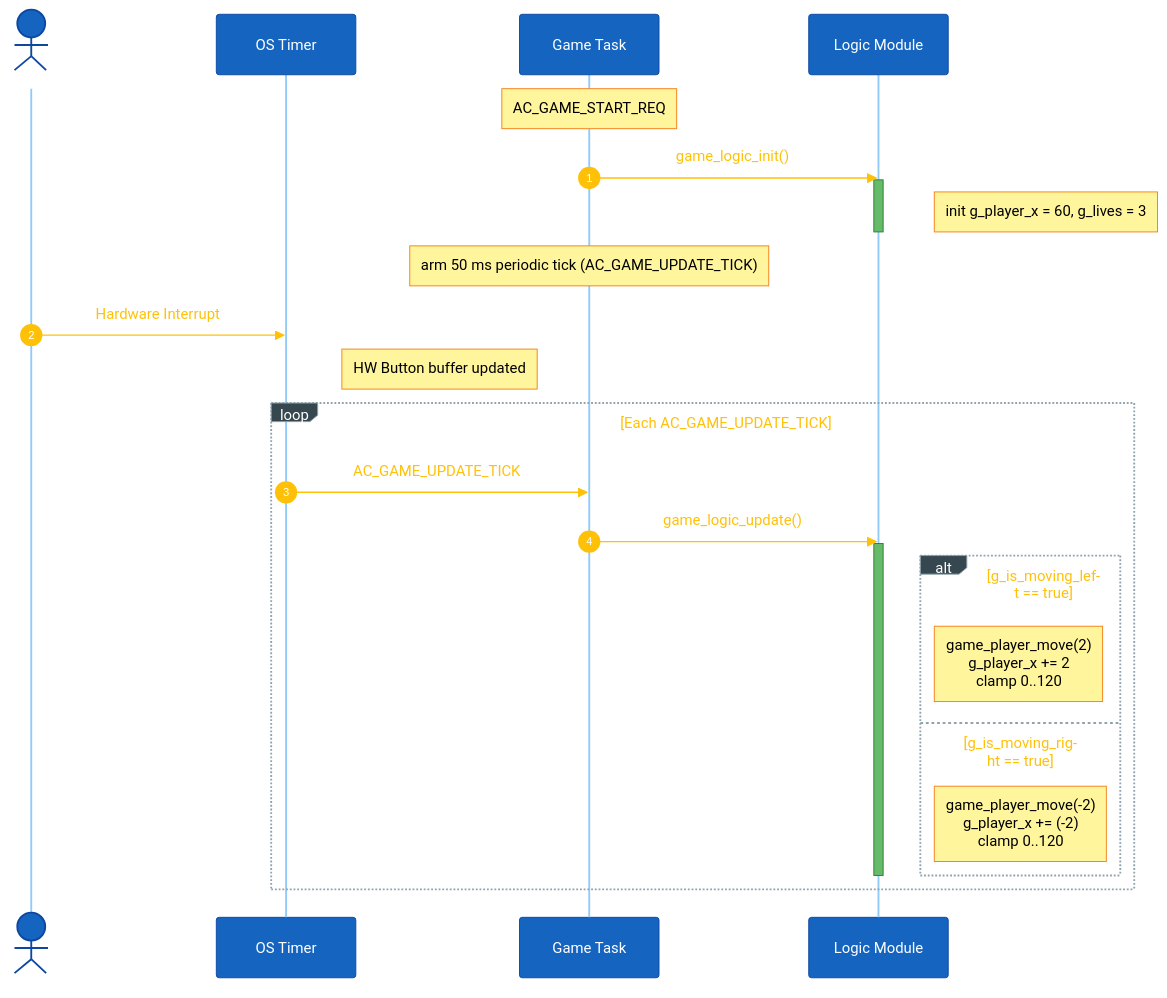
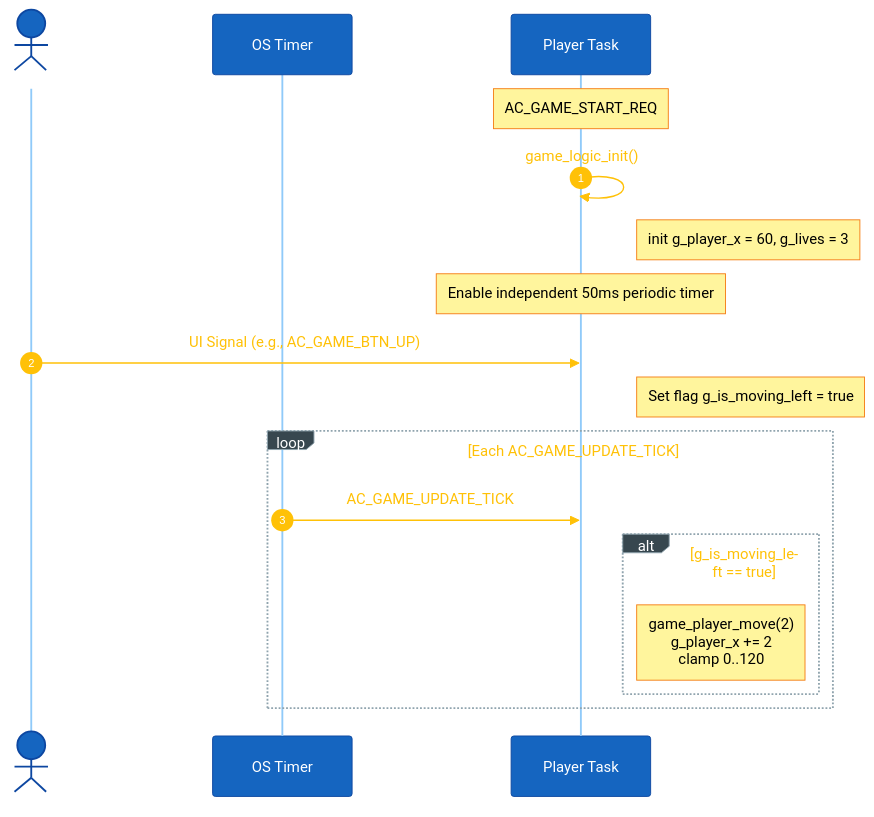
The first of 3 diagrams in docs/03-design-sequence-object.md (Khang123699/space_shooter_game), drawn with Mermaid before and after one commit. The commit also changed other lines of this file and 3 other files, not shown here.

````diff
--- a/docs/03-design-sequence-object.md
+++ b/docs/03-design-sequence-object.md
@@ -32,31 +29,23 @@
 ```mermaid
 %%{init: {'theme':'base','themeVariables':{'fontSize':'18px','primaryColor':'#1565c0','primaryTextColor':'#ffffff','primaryBorderColor':'#0d47a1','lineColor':'#90a4ae','signalColor':'#ffc107','signalTextColor':'#ffc107','actorBkg':'#1565c0','actorBorder':'#0d47a1','actorTextColor':'#ffffff','actorLineColor':'#90caf9','noteBkgColor':'#fff59d','noteTextColor':'#000000','noteBorderColor':'#f57f17','activationBkgColor':'#66bb6a','activationBorderColor':'#2e7d32','sequenceNumberColor':'#ffffff','loopTextColor':'#ffc107','labelBoxBkgColor':'#37474f','labelBoxBorderColor':'#90a4ae','labelTextColor':'#ffffff'},'sequence':{'actorMargin':120,'messageFontSize':17,'noteFontSize':15,'actorFontSize':17,'boxMargin':15,'boxTextMargin':8,'noteMargin':12,'useMaxWidth':true}}}%%
 sequenceDiagram
     autonumber
     actor Btn as Button
     participant OS as OS Timer
-    participant Tsk as Game Task
-    participant Lgc as Logic Module
-
+    participant Tsk as Player Task
+    
     Note over Tsk: AC_GAME_START_REQ
-    Tsk->>Lgc: game_logic_init()
-    activate Lgc
-    Note right of Lgc: init g_player_x = 60, g_lives = 3
-    deactivate Lgc
-    Note over Tsk: arm 50 ms periodic tick (AC_GAME_UPDATE_TICK)
-
-    Btn->>OS: Hardware Interrupt
-    Note right of OS: HW Button buffer updated
-
+    Tsk->>Tsk: game_logic_init()
+    Note right of Tsk: init g_player_x = 60, g_lives = 3
+    Note over Tsk: Enable independent 50ms periodic timer
+    
+    Btn->>Tsk: UI Signal (e.g., AC_GAME_BTN_UP)
+    Note right of Tsk: Set flag g_is_moving_left = true
+    
     loop Each AC_GAME_UPDATE_TICK
         OS->>Tsk: AC_GAME_UPDATE_TICK
-        Tsk->>Lgc: game_logic_update()
-        activate Lgc
         alt g_is_moving_left == true
-            Note right of Lgc: game_player_move(2)<br/>g_player_x += 2<br/>clamp 0..120
-        else g_is_moving_right == true
-            Note right of Lgc: game_player_move(-2)<br/>g_player_x += (-2)<br/>clamp 0..120
+            Note right of Tsk: game_player_move(2)<br/>g_player_x += 2<br/>clamp 0..120
         end
-        deactivate Lgc
     end
 ```
````
